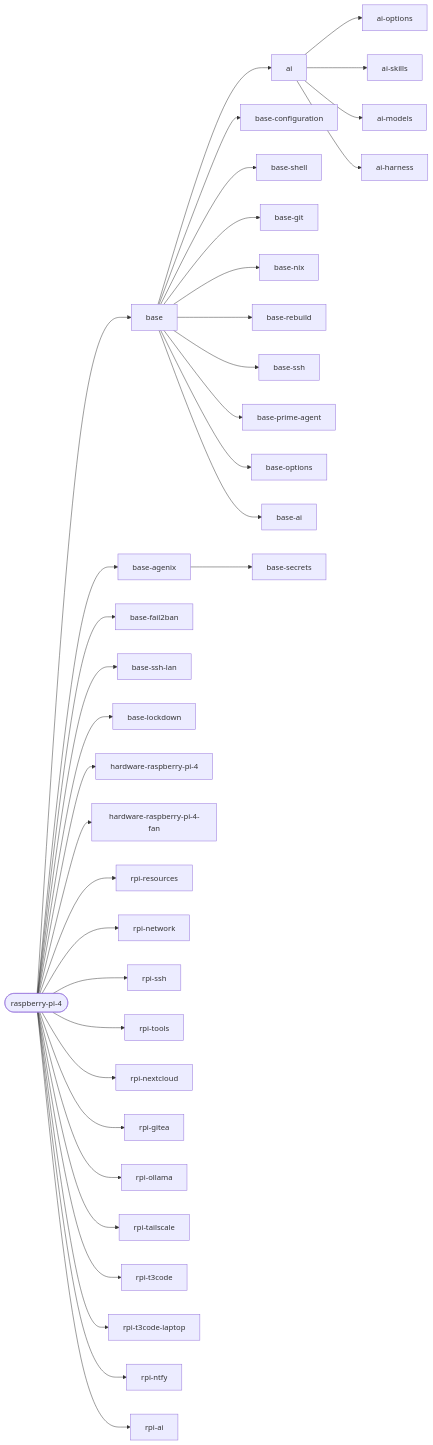
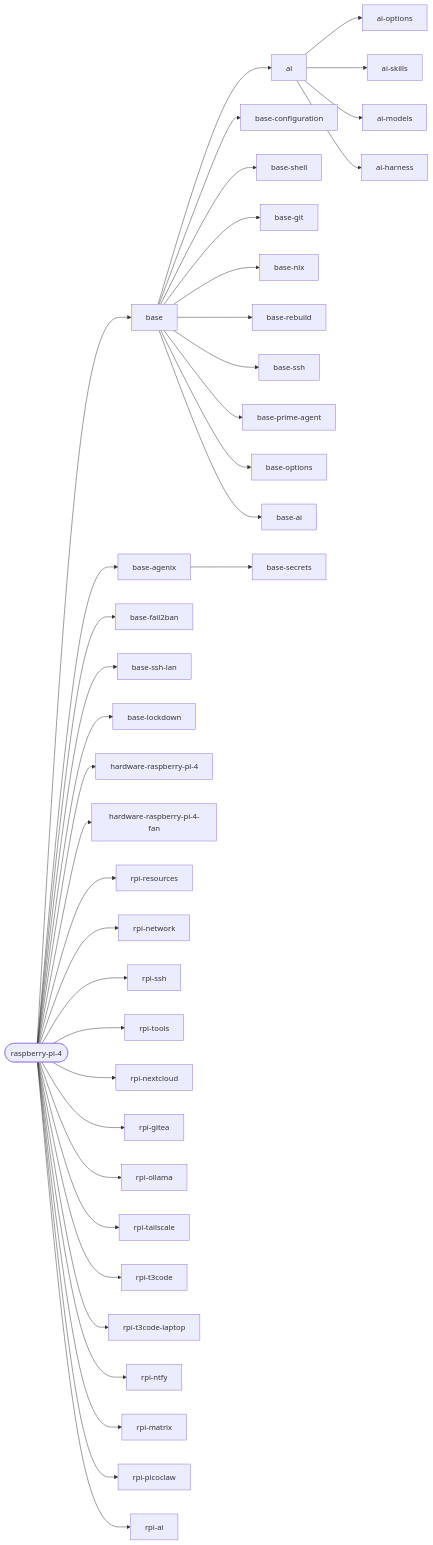
One commit to janusz-bit/nixos changed the second of 3 diagrams in docs/reference/hosts.md. Above: the diagram before and after it, drawn with Mermaid. The commit also changed other lines of this file and 15 other files, not shown here.

First line of the commit message:
rpi: picoclaw assistant with matrix chat on continuwuity

````diff
--- a/docs/reference/hosts.md
+++ b/docs/reference/hosts.md
@@ -136,38 +136,40 @@
 ```mermaid
 flowchart LR
   host_raspberry_pi_4([raspberry-pi-4])
   host_raspberry_pi_4 --> base[base]
   host_raspberry_pi_4 --> base_agenix[base-agenix]
   host_raspberry_pi_4 --> base_fail2ban[base-fail2ban]
   host_raspberry_pi_4 --> base_ssh_lan[base-ssh-lan]
   host_raspberry_pi_4 --> base_lockdown[base-lockdown]
   host_raspberry_pi_4 --> hardware_raspberry_pi_4[hardware-raspberry-pi-4]
   host_raspberry_pi_4 --> hardware_raspberry_pi_4_fan[hardware-raspberry-pi-4-fan]
   host_raspberry_pi_4 --> rpi_resources[rpi-resources]
   host_raspberry_pi_4 --> rpi_network[rpi-network]
   host_raspberry_pi_4 --> rpi_ssh[rpi-ssh]
   host_raspberry_pi_4 --> rpi_tools[rpi-tools]
   host_raspberry_pi_4 --> rpi_nextcloud[rpi-nextcloud]
   host_raspberry_pi_4 --> rpi_gitea[rpi-gitea]
   host_raspberry_pi_4 --> rpi_ollama[rpi-ollama]
   host_raspberry_pi_4 --> rpi_tailscale[rpi-tailscale]
   host_raspberry_pi_4 --> rpi_t3code[rpi-t3code]
   host_raspberry_pi_4 --> rpi_t3code_laptop[rpi-t3code-laptop]
   host_raspberry_pi_4 --> rpi_ntfy[rpi-ntfy]
+  host_raspberry_pi_4 --> rpi_matrix[rpi-matrix]
+  host_raspberry_pi_4 --> rpi_picoclaw[rpi-picoclaw]
   host_raspberry_pi_4 --> rpi_ai[rpi-ai]
   ai --> ai_options[ai-options]
   ai --> ai_skills[ai-skills]
   ai --> ai_models[ai-models]
   ai --> ai_harness[ai-harness]
   base --> base_configuration[base-configuration]
   base --> base_shell[base-shell]
   base --> base_git[base-git]
   base --> base_nix[base-nix]
   base --> base_rebuild[base-rebuild]
   base --> base_ssh[base-ssh]
   base --> base_prime_agent[base-prime-agent]
   base --> base_options[base-options]
   base --> ai[ai]
   base --> base_ai[base-ai]
   base_agenix --> base_secrets[base-secrets]
 ```
````
